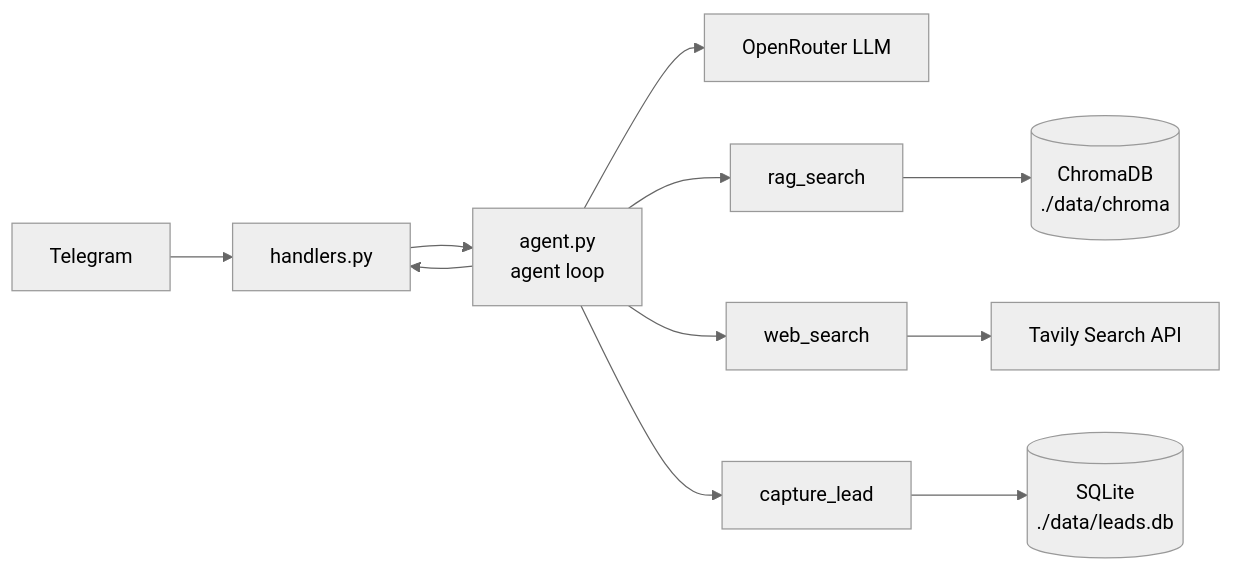
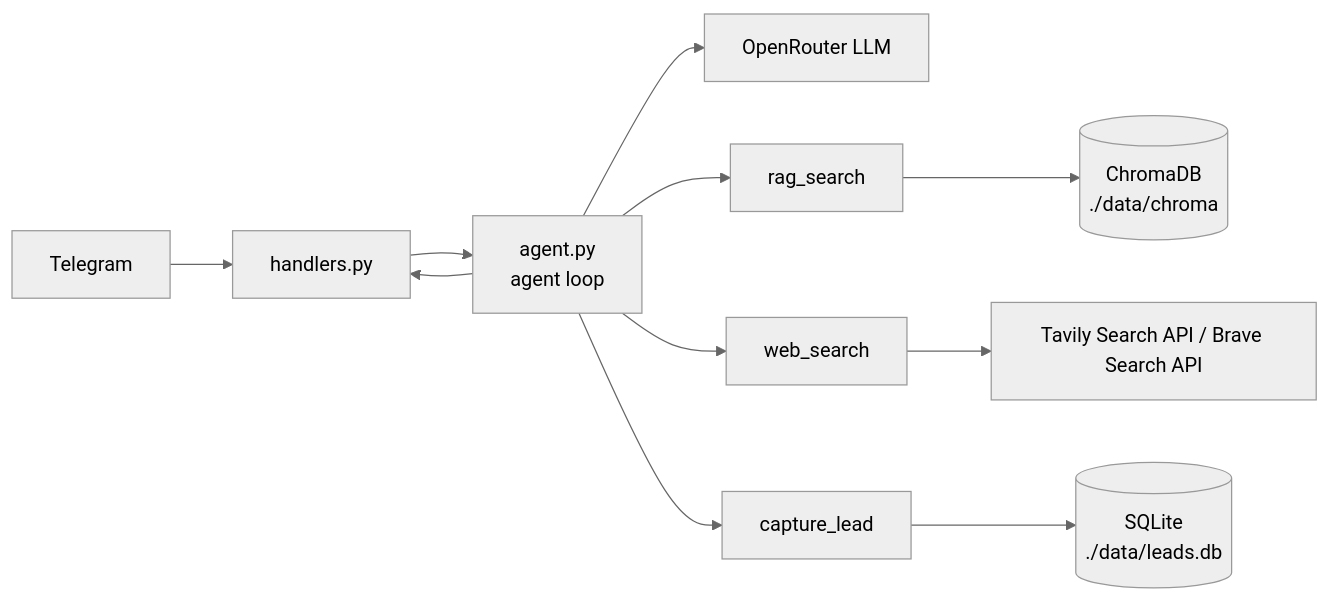
One commit to zatulik2606/aidz1 changed the diagram in vision.md. Above: the diagram before and after it, drawn with Mermaid (neutral theme). The commit also changed other lines of this file and 3 other files, not shown here.

````diff
--- a/vision.md
+++ b/vision.md
@@ -59,13 +59,13 @@
 ```mermaid
 flowchart LR
     TG[Telegram] --> H[handlers.py]
     H --> AG[agent.py\nagent loop]
     AG --> LLM[OpenRouter LLM]
     AG --> RAG[rag_search]
     AG --> WEB[web_search]
     AG --> LEAD[capture_lead]
     RAG --> CH[(ChromaDB\n./data/chroma)]
-    WEB --> TV[Tavily Search API]
+    WEB --> TV[Tavily Search API / Brave Search API]
     LEAD --> DB[(SQLite\n./data/leads.db)]
     AG --> H
 ```
````
